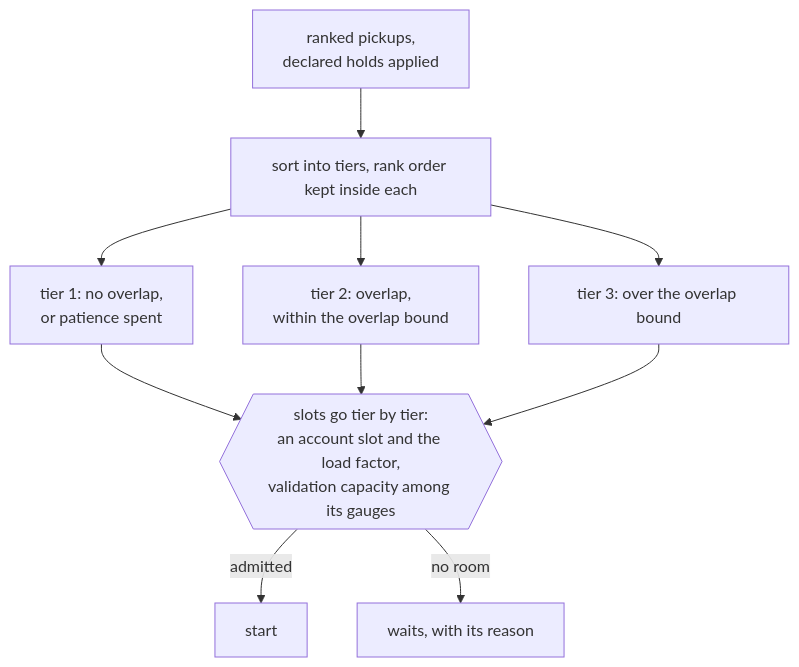
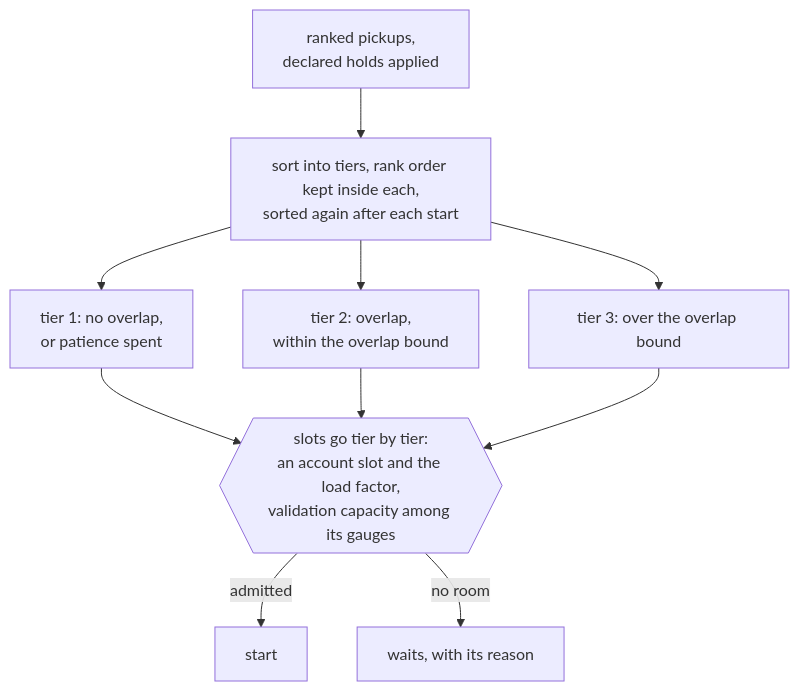
Before and after one commit to jig-harness/jig: the diagram in design/overlap-aware-admission.md, drawn with Mermaid. The commit also changed other lines of this file and 1 other file, not shown here.

First line of the commit message:
docs(design): validation capacity credits the lock only with runs it holds

````diff
--- a/design/overlap-aware-admission.md
+++ b/design/overlap-aware-admission.md
@@ -39,10 +39,10 @@
 ```mermaid
 flowchart TD
-  Q[ranked pickups,<br/>declared holds applied] --> T[sort into tiers, rank order kept inside each]
+  Q[ranked pickups,<br/>declared holds applied] --> T[sort into tiers, rank order kept inside each,<br/>sorted again after each start]
   T --> T1[tier 1: no overlap,<br/>or patience spent]
   T --> T2[tier 2: overlap,<br/>within the overlap bound]
   T --> T3[tier 3: over the overlap bound]
   T1 & T2 & T3 --> S{{slots go tier by tier:<br/>an account slot and the load factor,<br/>validation capacity among its gauges}}
   S -->|admitted| L[start]
   S -->|no room| W[waits, with its reason]
 ```
````
